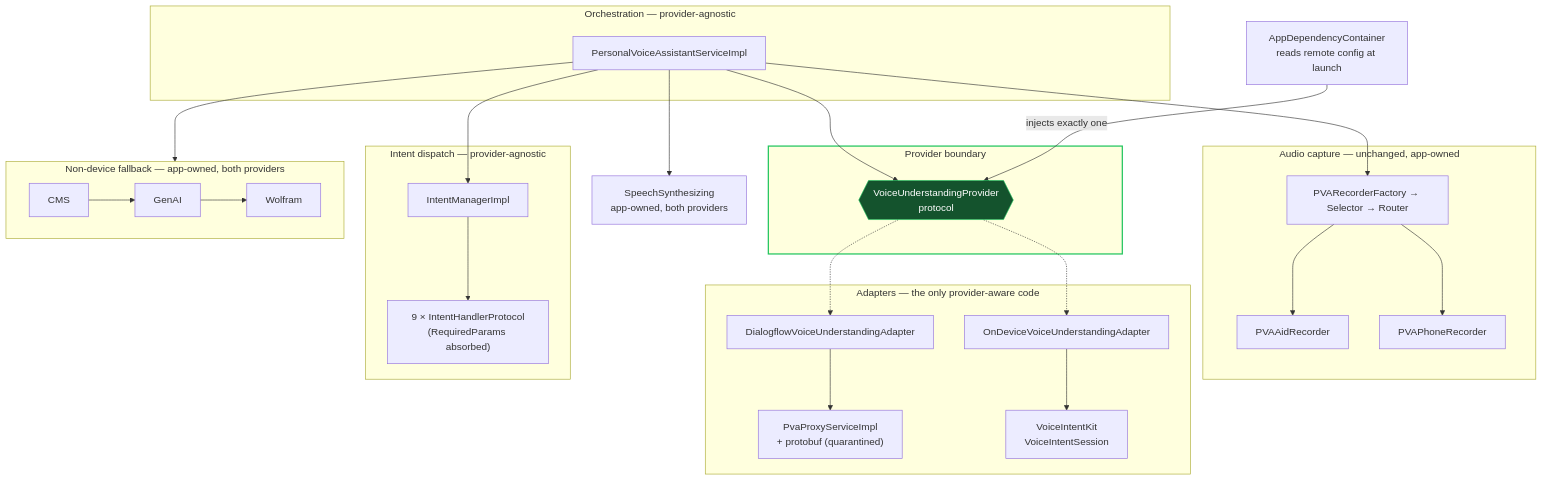
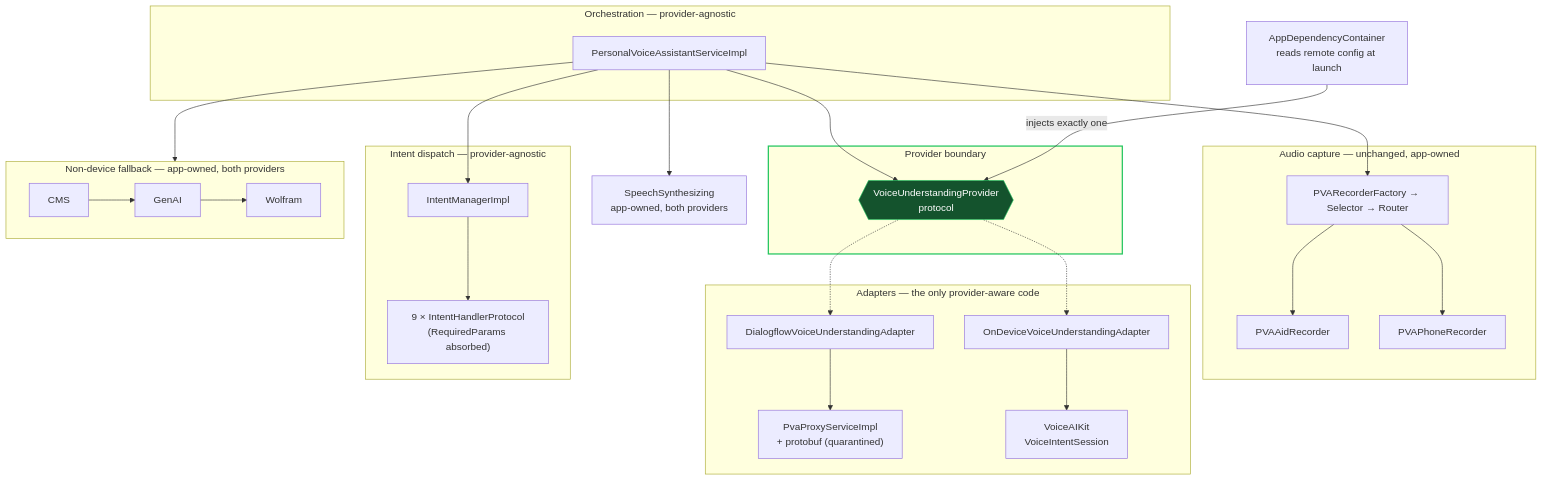
Before and after one commit to akashrwt5/STT: the third of 8 diagrams in docs/pva-integration/HLD-voice-understanding.md, drawn with Mermaid. The commit also changed other lines of this file and 271 other files, not shown here.

First line of the commit message:
refactor!: rename the package VoiceIntentKit -> VoiceAIKit

````diff
--- a/docs/pva-integration/HLD-voice-understanding.md
+++ b/docs/pva-integration/HLD-voice-understanding.md
@@ -114,51 +114,51 @@
 ```mermaid
 flowchart TB
   subgraph ORCH["Orchestration — provider-agnostic"]
     S["PersonalVoiceAssistantServiceImpl"]
   end
 
   subgraph AUDIO["Audio capture — unchanged, app-owned"]
     RF["PVARecorderFactory → Selector → Router"]
     AID["PVAAidRecorder"]
     PH["PVAPhoneRecorder"]
     RF --> AID
     RF --> PH
   end
 
   subgraph BOUNDARY["Provider boundary"]
     P{{"VoiceUnderstandingProvider<br/>protocol"}}
   end
 
   subgraph ADAPTERS["Adapters — the only provider-aware code"]
     DFA["DialogflowVoiceUnderstandingAdapter"]
     ODA["OnDeviceVoiceUnderstandingAdapter"]
     PX["PvaProxyServiceImpl<br/>+ protobuf (quarantined)"]
-    VIK["VoiceIntentKit<br/>VoiceIntentSession"]
+    VIK["VoiceAIKit<br/>VoiceIntentSession"]
     DFA --> PX
     ODA --> VIK
   end
 
   subgraph DISPATCH["Intent dispatch — provider-agnostic"]
     IM["IntentManagerImpl"] --> H["9 × IntentHandlerProtocol<br/>(RequiredParams absorbed)"]
   end
 
   subgraph FB["Non-device fallback — app-owned, both providers"]
     C1["CMS"] --> C2["GenAI"] --> C3["Wolfram"]
   end
 
   TTS["SpeechSynthesizing<br/>app-owned, both providers"]
 
   DC["AppDependencyContainer<br/>reads remote config at launch"]
 
   S --> RF
   S --> P
   P -.-> DFA
   P -.-> ODA
   S --> IM
   S --> FB
   S --> TTS
   DC -->|"injects exactly one"| P
 
   style P fill:#14532d,stroke:#22c55e,color:#fff
   style BOUNDARY stroke:#22c55e,stroke-width:2px
 ```
````
